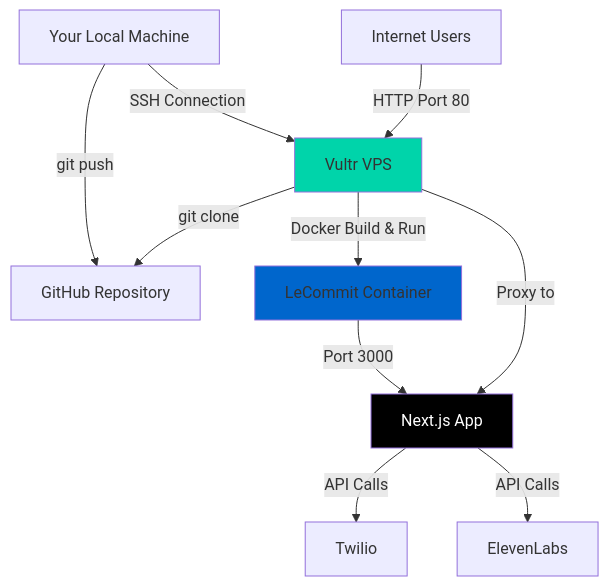
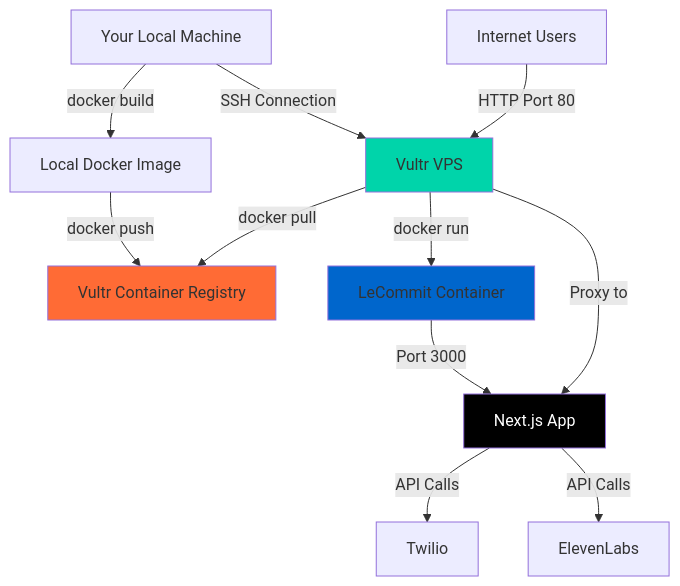
The first of 4 diagrams in VPS-vultr-deployment-guide.md (mousberg/le-commit), drawn with Mermaid before and after one commit. The commit also changed other lines of this file, not shown here.

First line of the commit message:
Update deployment guide for Vultr Container Registry

````diff
--- a/VPS-vultr-deployment-guide.md
+++ b/VPS-vultr-deployment-guide.md
@@ -7,16 +15,18 @@
 ```mermaid
 graph TB
-    A[Your Local Machine] -->|git push| B[GitHub Repository]
-    A -->|SSH Connection| C[Vultr VPS]
-    C -->|git clone| B
-    C -->|Docker Build & Run| D[LeCommit Container]
-    D -->|Port 3000| E[Next.js App]
-    F[Internet Users] -->|HTTP Port 80| C
-    C -->|Proxy to| E
-    E -->|API Calls| G[Twilio]
-    E -->|API Calls| H[ElevenLabs]
+    A[Your Local Machine] -->|docker build| B[Local Docker Image]
+    B -->|docker push| C[Vultr Container Registry]
+    A -->|SSH Connection| D[Vultr VPS]
+    D -->|docker pull| C
+    D -->|docker run| E[LeCommit Container]
+    E -->|Port 3000| F[Next.js App]
+    G[Internet Users] -->|HTTP Port 80| D
+    D -->|Proxy to| F
+    F -->|API Calls| H[Twilio]
+    F -->|API Calls| I[ElevenLabs]
     
-    style C fill:#00d4aa
-    style D fill:#0066cc
-    style E fill:#000000,color:#ffffff
+    style C fill:#ff6b35
+    style D fill:#00d4aa
+    style E fill:#0066cc
+    style F fill:#000000,color:#ffffff
 ```
````
